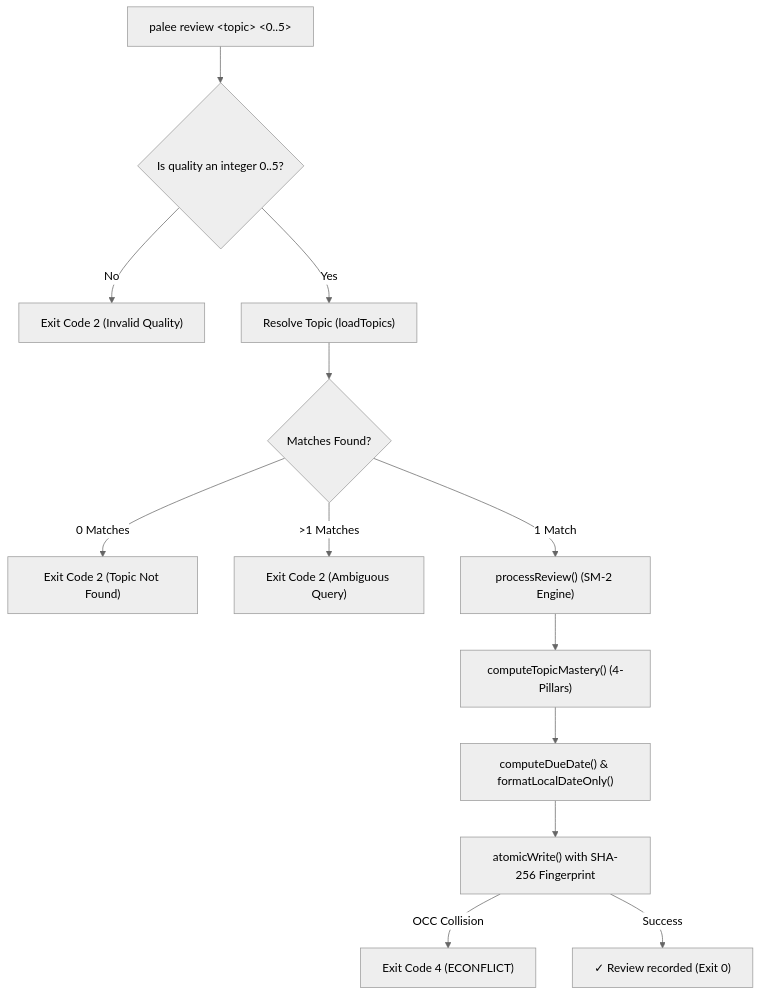
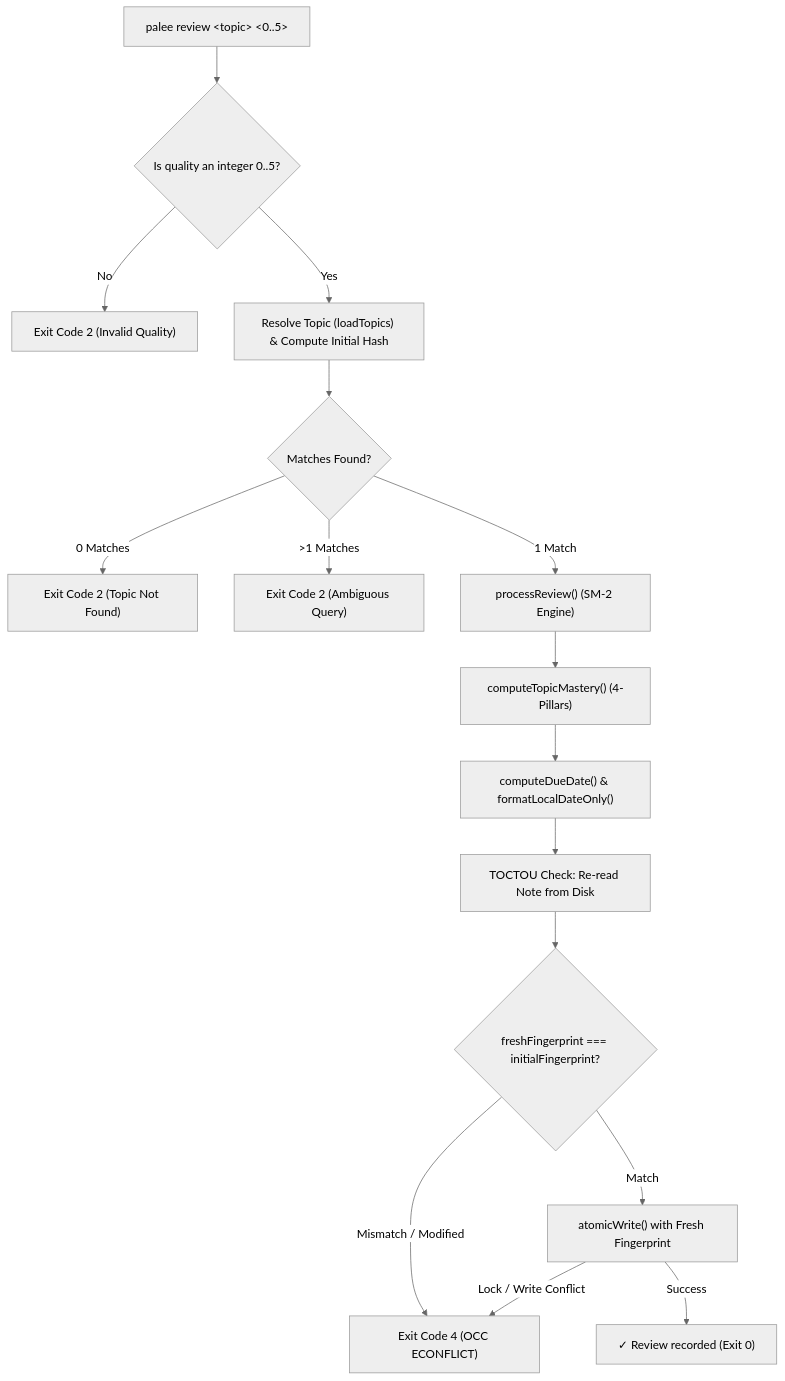
The diagram in docs/02-2-review-and-scheduling-commands.md (Kuldeep2822k/cli), drawn with Mermaid (neutral theme) before and after one commit. The commit also changed other lines of this file and 35 other files, not shown here.

````diff
--- a/docs/02-2-review-and-scheduling-commands.md
+++ b/docs/02-2-review-and-scheduling-commands.md
@@ -78,18 +83,21 @@
 ```mermaid
 flowchart TD
     ReviewInput["palee review &lt;topic&gt; &lt;0..5&gt;"] --> ValRating{"Is quality an integer 0..5?"}
     ValRating -->|"No"| ErrRating["Exit Code 2 (Invalid Quality)"]
-    ValRating -->|"Yes"| FindTopic["Resolve Topic (loadTopics)"]
+    ValRating -->|"Yes"| FindTopic["Resolve Topic (loadTopics) & Compute Initial Hash"]
     
     FindTopic --> MatchCheck{"Matches Found?"}
     MatchCheck -->|"0 Matches"| ErrNotFound["Exit Code 2 (Topic Not Found)"]
     MatchCheck -->|"&gt;1 Matches"| ErrAmbiguous["Exit Code 2 (Ambiguous Query)"]
     MatchCheck -->|"1 Match"| SM2Calc["processReview() (SM-2 Engine)"]
     
     SM2Calc --> MastSync["computeTopicMastery() (4-Pillars)"]
     MastSync --> DateCalc["computeDueDate() & formatLocalDateOnly()"]
-    DateCalc --> AtomicCommit["atomicWrite() with SHA-256 Fingerprint"]
+    DateCalc --> PreWriteRead["TOCTOU Check: Re-read Note from Disk"]
+    PreWriteRead --> HashMatch{"freshFingerprint === initialFingerprint?"}
+    HashMatch -->|"Mismatch / Modified"| ErrOCC["Exit Code 4 (OCC ECONFLICT)"]
+    HashMatch -->|"Match"| AtomicCommit["atomicWrite() with Fresh Fingerprint"]
     
-    AtomicCommit -->|"OCC Collision"| ErrOCC["Exit Code 4 (ECONFLICT)"]
+    AtomicCommit -->|"Lock / Write Conflict"| ErrOCC
     AtomicCommit -->|"Success"| SuccessReview["✓ Review recorded (Exit 0)"]
 ```
````
